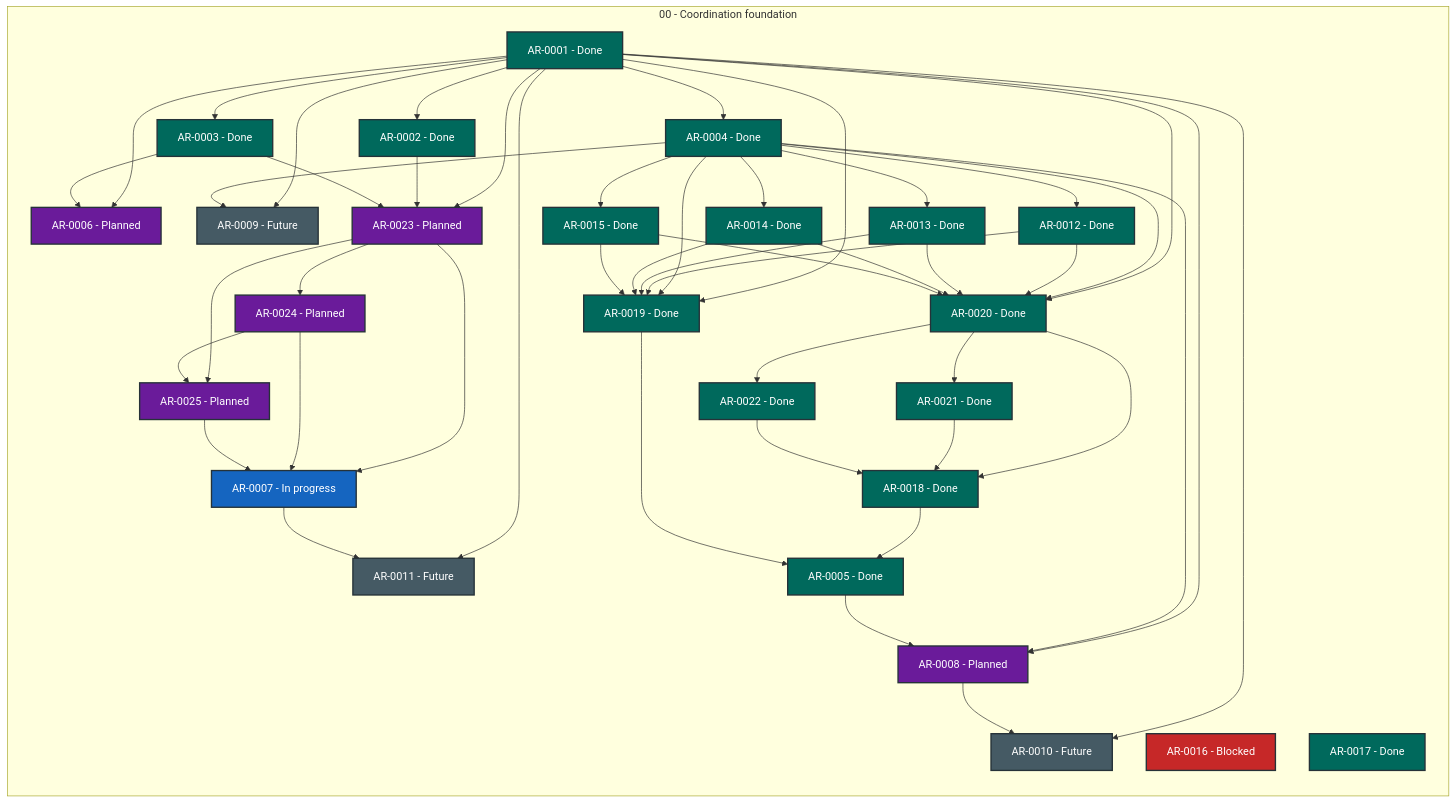
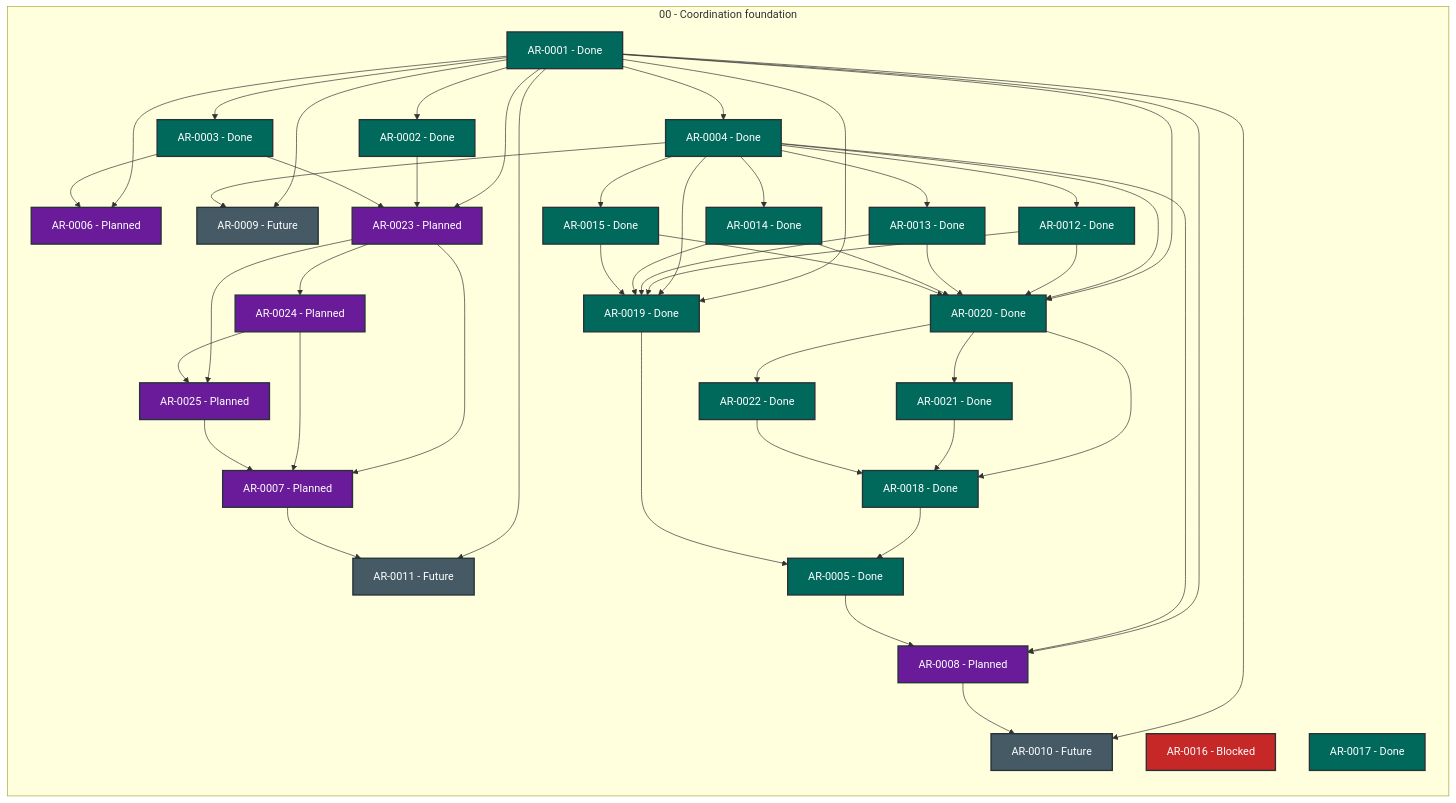
The diagram in STATUS.md (martin-beck/agent-workflow-quality-state), drawn with Mermaid before and after one commit. The commit also changed other lines of this file and 2 other files, not shown here.

```diff
--- a/STATUS.md
+++ b/STATUS.md
@@ -34,7 +34,7 @@
         AR_0004["AR-0004 - Done"]:::status_done
         AR_0005["AR-0005 - Done"]:::status_done
         AR_0006["AR-0006 - Planned"]:::status_planned
-        AR_0007["AR-0007 - In progress"]:::status_in_progress
+        AR_0007["AR-0007 - Planned"]:::status_planned
         AR_0008["AR-0008 - Planned"]:::status_planned
         AR_0009["AR-0009 - Future"]:::status_future
         AR_0010["AR-0010 - Future"]:::status_future
```
